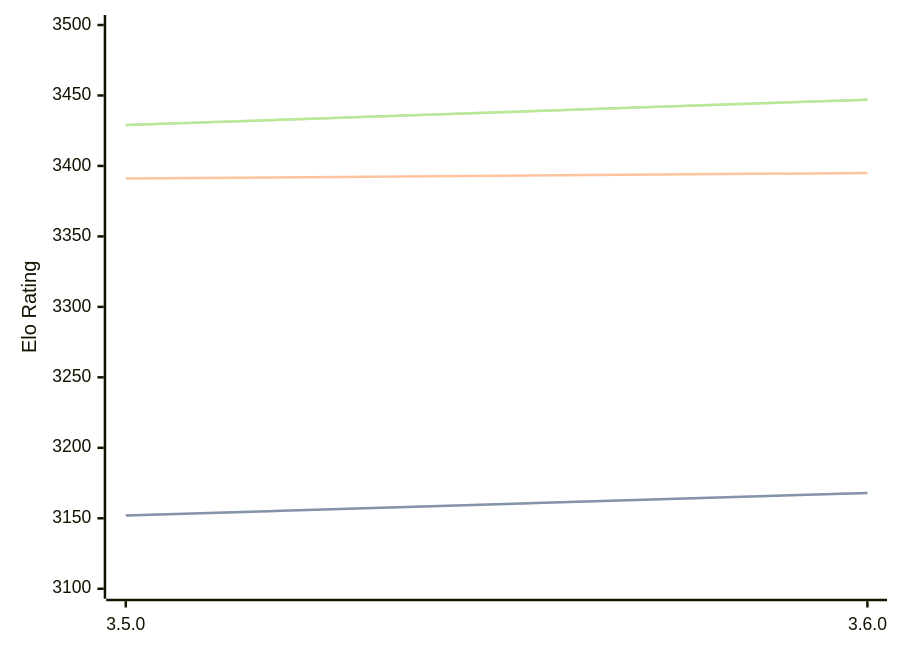
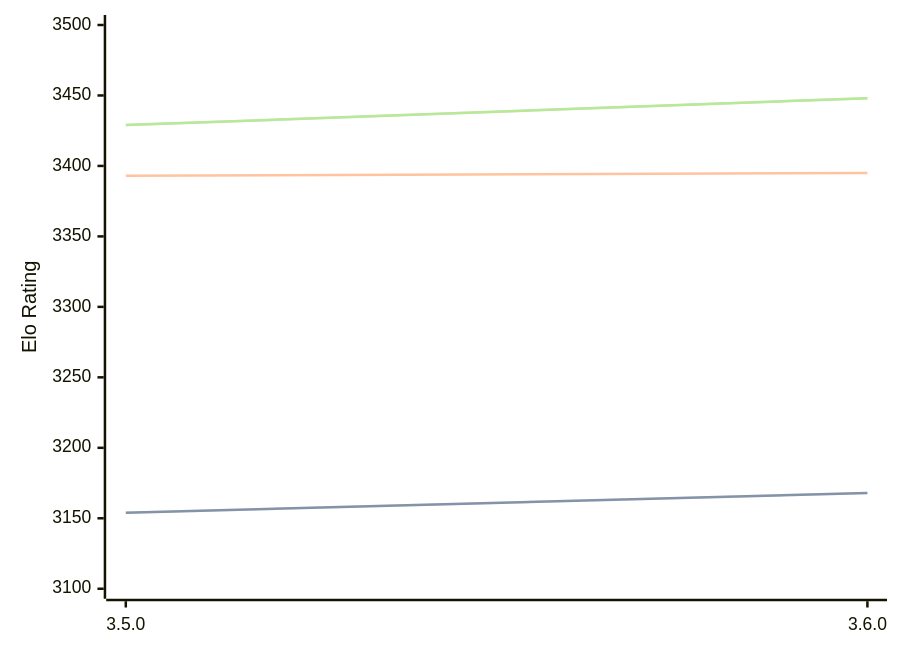
Before and after one commit to computer-chess-index/cci: the diagram in engines/Igel.md, drawn with Mermaid. The commit also changed other lines of this file, not shown here.

Commit message:
Update CCI Ratings (ELO VLTC) - 2026-07-25

````diff
--- a/engines/Igel.md
+++ b/engines/Igel.md
@@ -68,11 +68,11 @@
 ```mermaid
 %%{init: {"theme":"base","themeVariables":{"seriesColors:['#a3a3a3','#222221','#faa371']}}}%%
 xychart-beta
   x-axis ["3.5.0", "3.6.0"]
   y-axis "Elo Rating" 3100 --> 3500
-  line "STC (8.0+0.08s)" [3152, 3168]
-  line "STC (8.0+0.08s)" [3152, 3168]
-  line "LTC (60.0+0.60s)" [3391, 3395]
-  line "VLTC (2m24s+1.12s)" [3429, 3447]
-  line "VLTC (2m24s+1.12s)" [3429, 3447]
+  line "STC (8.0+0.08s)" [3154, 3168]
+  line "STC (8.0+0.08s)" [3154, 3168]
+  line "LTC (60.0+0.60s)" [3393, 3395]
+  line "VLTC (2m24s+1.12s)" [3429, 3448]
+  line "VLTC (2m24s+1.12s)" [3429, 3448]
 ```
````
